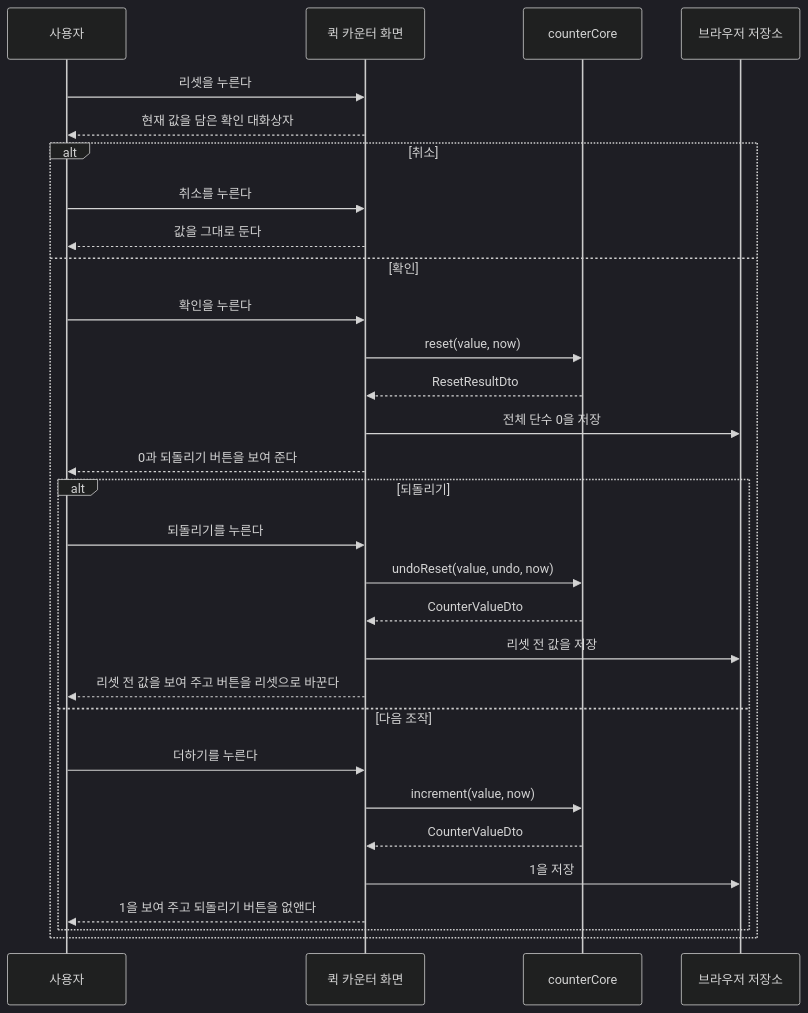
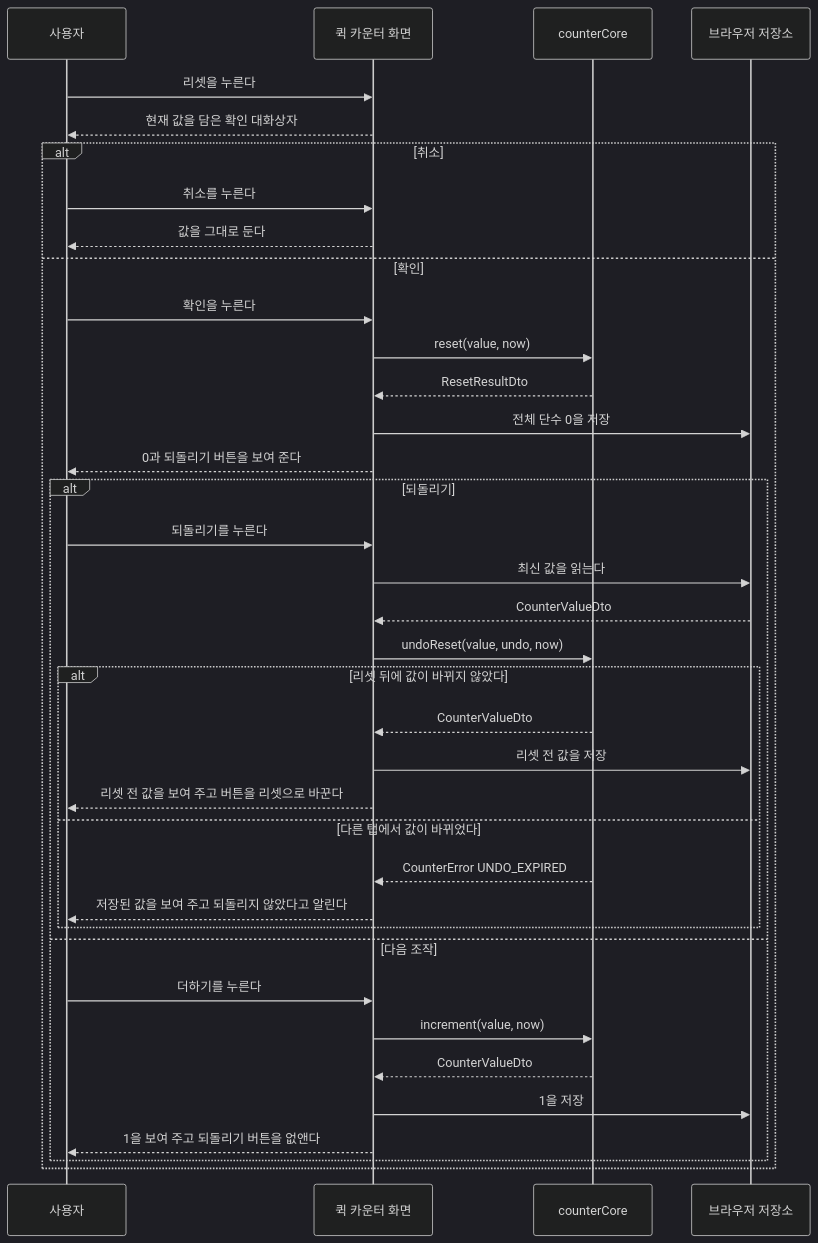
The second of 6 diagrams in docs/specs/003-row-counter/design/sequence.md (god3v/hamtteukka), drawn with Mermaid (dark theme) before and after one commit. The commit also changed other lines of this file and 2 other files, not shown here.

````diff
--- a/docs/specs/003-row-counter/design/sequence.md
+++ b/docs/specs/003-row-counter/design/sequence.md
@@ -59,32 +60,39 @@
 ```mermaid
 sequenceDiagram
   participant User as 사용자
   participant Web as 퀵 카운터 화면
   participant Core as counterCore
   participant Store as 브라우저 저장소
   User->>Web: 리셋을 누른다
   Web-->>User: 현재 값을 담은 확인 대화상자
   alt 취소
     User->>Web: 취소를 누른다
     Web-->>User: 값을 그대로 둔다
   else 확인
     User->>Web: 확인을 누른다
     Web->>Core: reset(value, now)
     Core-->>Web: ResetResultDto
     Web->>Store: 전체 단수 0을 저장
     Web-->>User: 0과 되돌리기 버튼을 보여 준다
     alt 되돌리기
       User->>Web: 되돌리기를 누른다
+      Web->>Store: 최신 값을 읽는다
+      Store-->>Web: CounterValueDto
       Web->>Core: undoReset(value, undo, now)
-      Core-->>Web: CounterValueDto
-      Web->>Store: 리셋 전 값을 저장
-      Web-->>User: 리셋 전 값을 보여 주고 버튼을 리셋으로 바꾼다
+      alt 리셋 뒤에 값이 바뀌지 않았다
+        Core-->>Web: CounterValueDto
+        Web->>Store: 리셋 전 값을 저장
+        Web-->>User: 리셋 전 값을 보여 주고 버튼을 리셋으로 바꾼다
+      else 다른 탭에서 값이 바뀌었다
+        Core-->>Web: CounterError UNDO_EXPIRED
+        Web-->>User: 저장된 값을 보여 주고 되돌리지 않았다고 알린다
+      end
     else 다음 조작
       User->>Web: 더하기를 누른다
       Web->>Core: increment(value, now)
       Core-->>Web: CounterValueDto
       Web->>Store: 1을 저장
       Web-->>User: 1을 보여 주고 되돌리기 버튼을 없앤다
     end
   end
 ```
````
